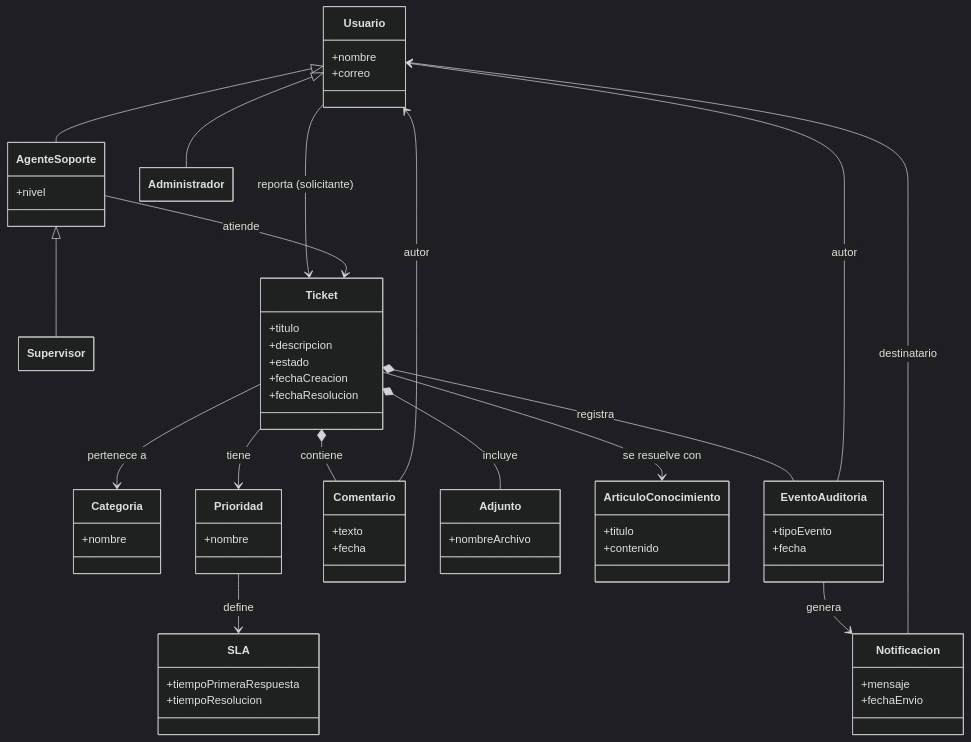
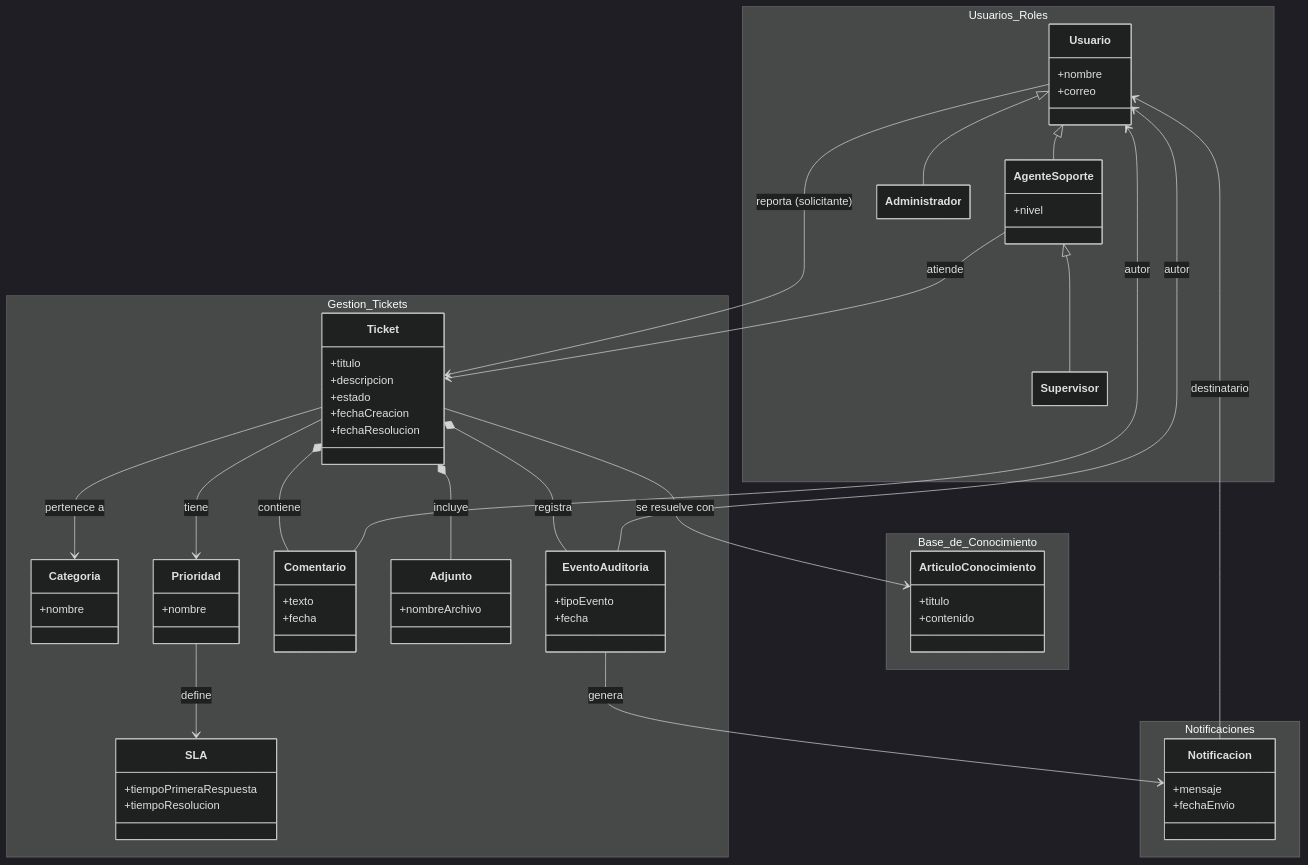
The diagram in docs/01-fase-inicio/modelo-dominio/diagrama-clases.md (Dievex/01-HelpDesk), drawn with Mermaid (dark theme) before and after one commit.

Commit message:
Refactor diagrama de clases para organizar clases en namespaces y mejorar la claridad

````diff
--- a/docs/01-fase-inicio/modelo-dominio/diagrama-clases.md
+++ b/docs/01-fase-inicio/modelo-dominio/diagrama-clases.md
@@ -5,70 +5,80 @@
 ```mermaid
 %%{init: {"class": {"hideEmptyMembersBox": true}}}%%
 classDiagram
-    class Usuario {
-        +nombre
-        +correo
+    namespace Usuarios_Roles {
+        class Usuario {
+            +nombre
+            +correo
+        }
+        class AgenteSoporte {
+            +nivel
+        }
+        class Supervisor
+        class Administrador
     }
-    class AgenteSoporte {
-        +nivel
+
+    namespace Gestion_Tickets {
+        class Ticket {
+            +titulo
+            +descripcion
+            +estado
+            +fechaCreacion
+            +fechaResolucion
+        }
+        class Categoria {
+            +nombre
+        }
+        class Prioridad {
+            +nombre
+        }
+        class SLA {
+            +tiempoPrimeraRespuesta
+            +tiempoResolucion
+        }
+        class Comentario {
+            +texto
+            +fecha
+        }
+        class Adjunto {
+            +nombreArchivo
+        }
+        class EventoAuditoria {
+            +tipoEvento
+            +fecha
+        }
     }
-    class Supervisor
-    class Administrador
 
-    class Ticket {
-        +titulo
-        +descripcion
-        +estado
-        +fechaCreacion
-        +fechaResolucion
+    namespace Base_de_Conocimiento {
+        class ArticuloConocimiento {
+            +titulo
+            +contenido
+        }
     }
-    class Categoria {
-        +nombre
-    }
-    class Prioridad {
-        +nombre
-    }
-    class SLA {
-        +tiempoPrimeraRespuesta
-        +tiempoResolucion
-    }
-    class Comentario {
-        +texto
-        +fecha
-    }
-    class Adjunto {
-        +nombreArchivo
-    }
-    class ArticuloConocimiento {
-        +titulo
-        +contenido
-    }
-    class Notificacion {
-        +mensaje
-        +fechaEnvio
-    }
-    class EventoAuditoria {
-        +tipoEvento
-        +fecha
+
+    namespace Notificaciones {
+        class Notificacion {
+            +mensaje
+            +fechaEnvio
+        }
     }
 
     Usuario <|-- AgenteSoporte
     AgenteSoporte <|-- Supervisor
     Usuario <|-- Administrador
 
     Usuario  -->  Ticket : reporta (solicitante)
     AgenteSoporte  -->  Ticket : atiende
     Ticket  -->  Categoria : pertenece a
     Ticket  -->  Prioridad : tiene
     Prioridad  -->  SLA : define
 
     Ticket  *--  Comentario : contiene
     Ticket  *--  Adjunto : incluye
     Ticket  *--  EventoAuditoria : registra
     Ticket  -->  ArticuloConocimiento : se resuelve con
 
     Notificacion  -->  Usuario : destinatario
     Comentario  -->  Usuario : autor
     EventoAuditoria  -->  Usuario : autor
     EventoAuditoria  -->  Notificacion : genera
 ```
````
